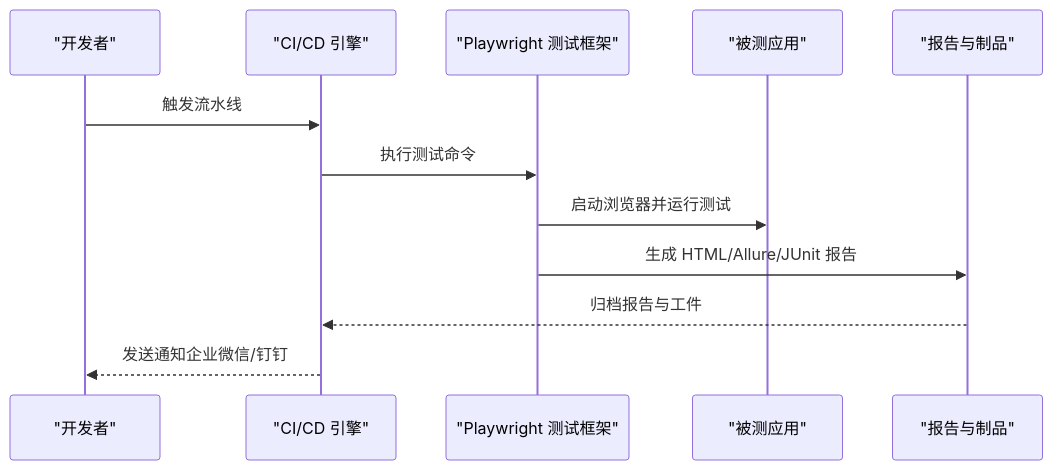
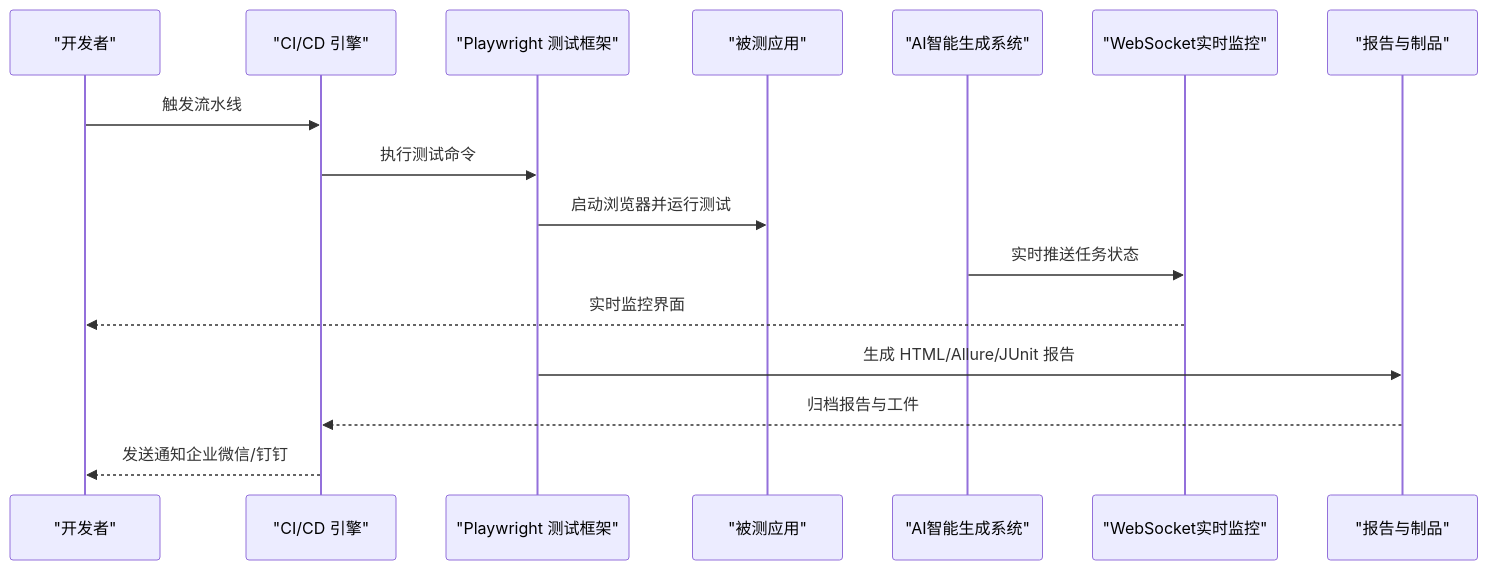
The second of 7 diagrams in .qoder/repowiki/zh/content/部署和运维/监控和维护.md (zzgoviziwind/--playwright), drawn with Mermaid before and after one commit. The commit also changed other lines of this file and 112 other files, not shown here.

````diff
--- a/.qoder/repowiki/zh/content/部署和运维/监控和维护.md
+++ b/.qoder/repowiki/zh/content/部署和运维/监控和维护.md
@@ -121,14 +167,18 @@
 ```mermaid
 sequenceDiagram
 participant Dev as "开发者"
 participant CI as "CI/CD 引擎"
 participant PW as "Playwright 测试框架"
 participant APP as "被测应用"
+participant AI as "AI智能生成系统"
+participant WS as "WebSocket实时监控"
 participant REP as "报告与制品"
 Dev->>CI : 触发流水线
 CI->>PW : 执行测试命令
 PW->>APP : 启动浏览器并运行测试
+AI->>WS : 实时推送任务状态
+WS-->>Dev : 实时监控界面
 PW->>REP : 生成 HTML/Allure/JUnit 报告
 REP-->>CI : 归档报告与工件
 CI-->>Dev : 发送通知企业微信/钉钉
 ```
````
